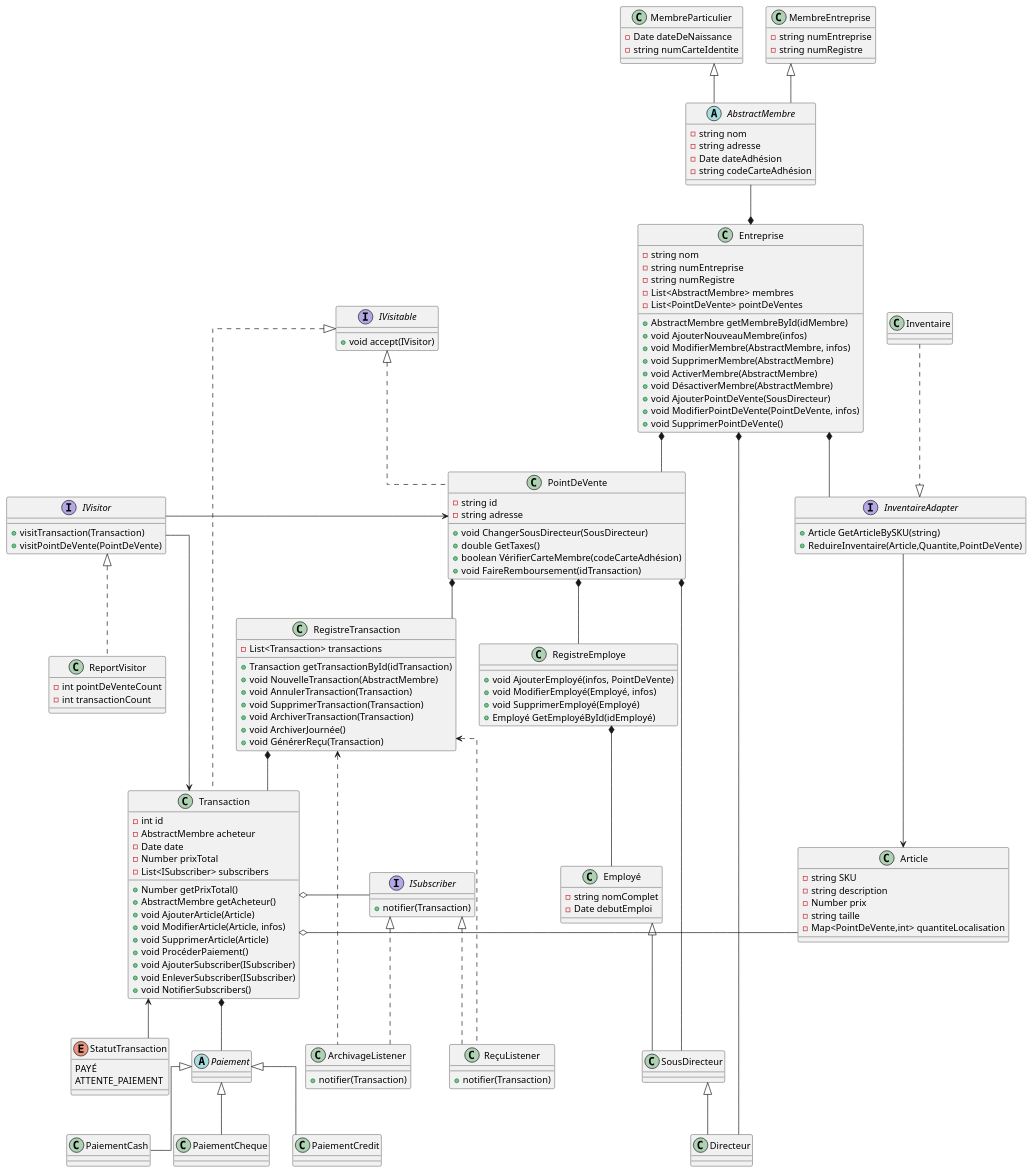
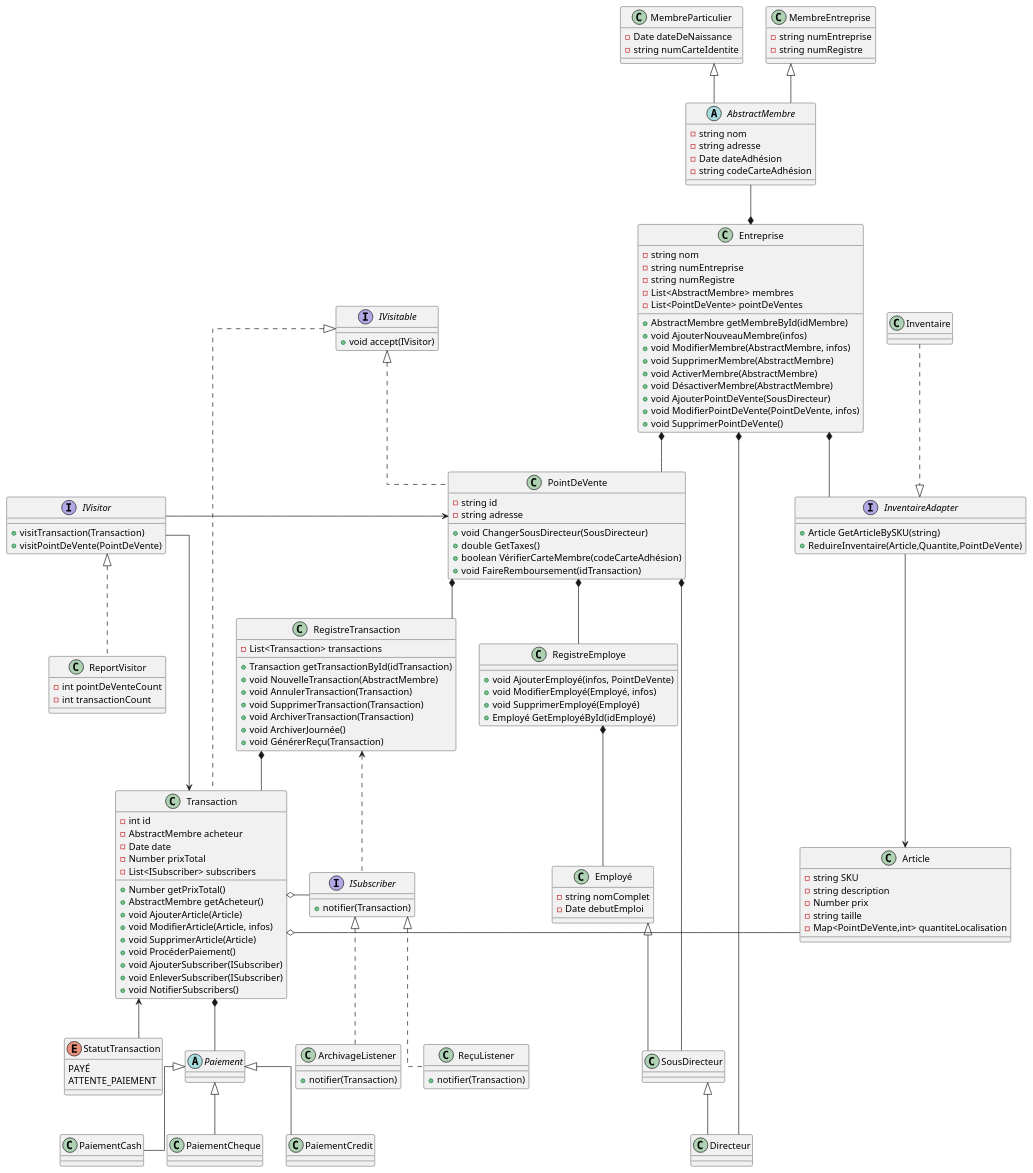
The diagram in diagram.puml (SamBolduc/INF1011-TP2), drawn with PlantUML before and after one commit.

```diff
--- a/diagram.puml
+++ b/diagram.puml
@@ -1,182 +1,181 @@
 skinparam linetype ortho
 
 abstract class AbstractMembre {
 - string nom
 - string adresse
 - Date dateAdhésion
 - string codeCarteAdhésion
 }
 
 class MembreParticulier {
 - Date dateDeNaissance
 - string numCarteIdentite
 }
 
 class MembreEntreprise {
 - string numEntreprise
 - string numRegistre
 }
 
 class RegistreEmploye{
   + void AjouterEmployé(infos, PointDeVente)
   + void ModifierEmployé(Employé, infos)
   + void SupprimerEmployé(Employé)
   + Employé GetEmployéById(idEmployé)
 }
 
 interface IVisitable {
 +void accept(IVisitor)
 }
 
 interface IVisitor {
     +visitTransaction(Transaction)
     +visitPointDeVente(PointDeVente)
 }
 
 IVisitor -> PointDeVente
 IVisitor -> Transaction
 class ReportVisitor implements IVisitor {
     -int pointDeVenteCount
     -int transactionCount
 }
 
 
 class Employé {
 - string nomComplet
 - Date debutEmploi
 }
 
 class SousDirecteur {
 
 }
 
 class Directeur {
 
 }
 
 class Transaction implements IVisitable {
 - int id
 - AbstractMembre acheteur
 - Date date
 - Number prixTotal
 - List<ISubscriber> subscribers
 + Number getPrixTotal()
 + AbstractMembre getAcheteur()
 + void AjouterArticle(Article)
 + void ModifierArticle(Article, infos)
 + void SupprimerArticle(Article)
 + void ProcéderPaiement()
 + void AjouterSubscriber(ISubscriber)
 + void EnleverSubscriber(ISubscriber)
 + void NotifierSubscribers()
 }
 
 class Article {
   - string SKU
   - string description
   - Number prix
   - string taille
   - Map<PointDeVente,int> quantiteLocalisation
 }
 
 class RegistreTransaction {
 - List<Transaction> transactions
 + Transaction getTransactionById(idTransaction)
 + void NouvelleTransaction(AbstractMembre)
 + void AnnulerTransaction(Transaction)
 + void SupprimerTransaction(Transaction)
 + void ArchiverTransaction(Transaction)
 + void ArchiverJournée()
 + void GénérerReçu(Transaction)
 }
 
 enum StatutTransaction{
 PAYÉ
 ATTENTE_PAIEMENT
 }
 
 class Entreprise {
 - string nom
 - string numEntreprise
 - string numRegistre
 - List<AbstractMembre> membres
 - List<PointDeVente> pointDeVentes
 + AbstractMembre getMembreById(idMembre)
 + void AjouterNouveauMembre(infos)
 + void ModifierMembre(AbstractMembre, infos)
 + void SupprimerMembre(AbstractMembre)
 + void ActiverMembre(AbstractMembre)
 + void DésactiverMembre(AbstractMembre)
 + void AjouterPointDeVente(SousDirecteur)
 + void ModifierPointDeVente(PointDeVente, infos)
 + void SupprimerPointDeVente()
 
 }
 
 class PointDeVente implements IVisitable{
   - string id
   - string adresse
   + void ChangerSousDirecteur(SousDirecteur)
   + double GetTaxes()
   + boolean VérifierCarteMembre(codeCarteAdhésion)
   + void FaireRemboursement(idTransaction)
 }
 
 interface InventaireAdapter {
   +Article GetArticleBySKU(string)
   +ReduireInventaire(Article,Quantite,PointDeVente)
 }
 
 
 class Inventaire
 
 interface ISubscriber {
 + notifier(Transaction)
 }
 
 class ReçuListener implements ISubscriber {
 + notifier(Transaction) 
 }
 
 class ArchivageListener implements ISubscriber {
 + notifier(Transaction) 
 }
 
 Inventaire ..|> InventaireAdapter
 
 abstract class Paiement {}
 
 class PaiementCredit {}
 
 class PaiementCash {}
 
 class PaiementCheque {}
 
 Employé <|-- SousDirecteur
 SousDirecteur <|-- Directeur
 
 Paiement <|-- PaiementCredit
 Paiement <|-- PaiementCash
 Paiement <|-- PaiementCheque
 
 Entreprise *-- PointDeVente
 PointDeVente *-- RegistreEmploye
 Entreprise *-- InventaireAdapter
 InventaireAdapter --> Article
 Entreprise *-- Directeur
 PointDeVente *-- SousDirecteur
 RegistreEmploye *-- Employé
 PointDeVente *-- RegistreTransaction
 
 RegistreTransaction *-- Transaction
 Transaction <-- StatutTransaction
 Transaction *-- Paiement
 Transaction o- Article
 
 AbstractMembre --* Entreprise
 MembreParticulier<|-- AbstractMembre
 MembreEntreprise <|-- AbstractMembre
 
 Transaction o- ISubscriber
-RegistreTransaction <.. ReçuListener
-RegistreTransaction <.. ArchivageListener
+RegistreTransaction <.. ISubscriber
```
